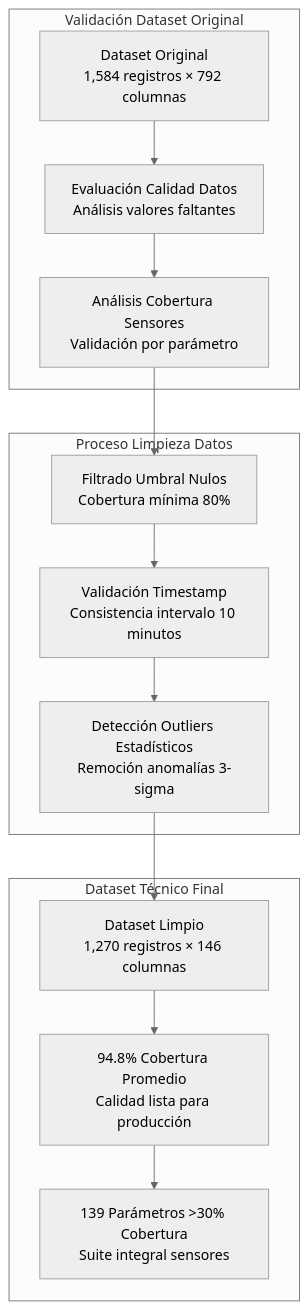
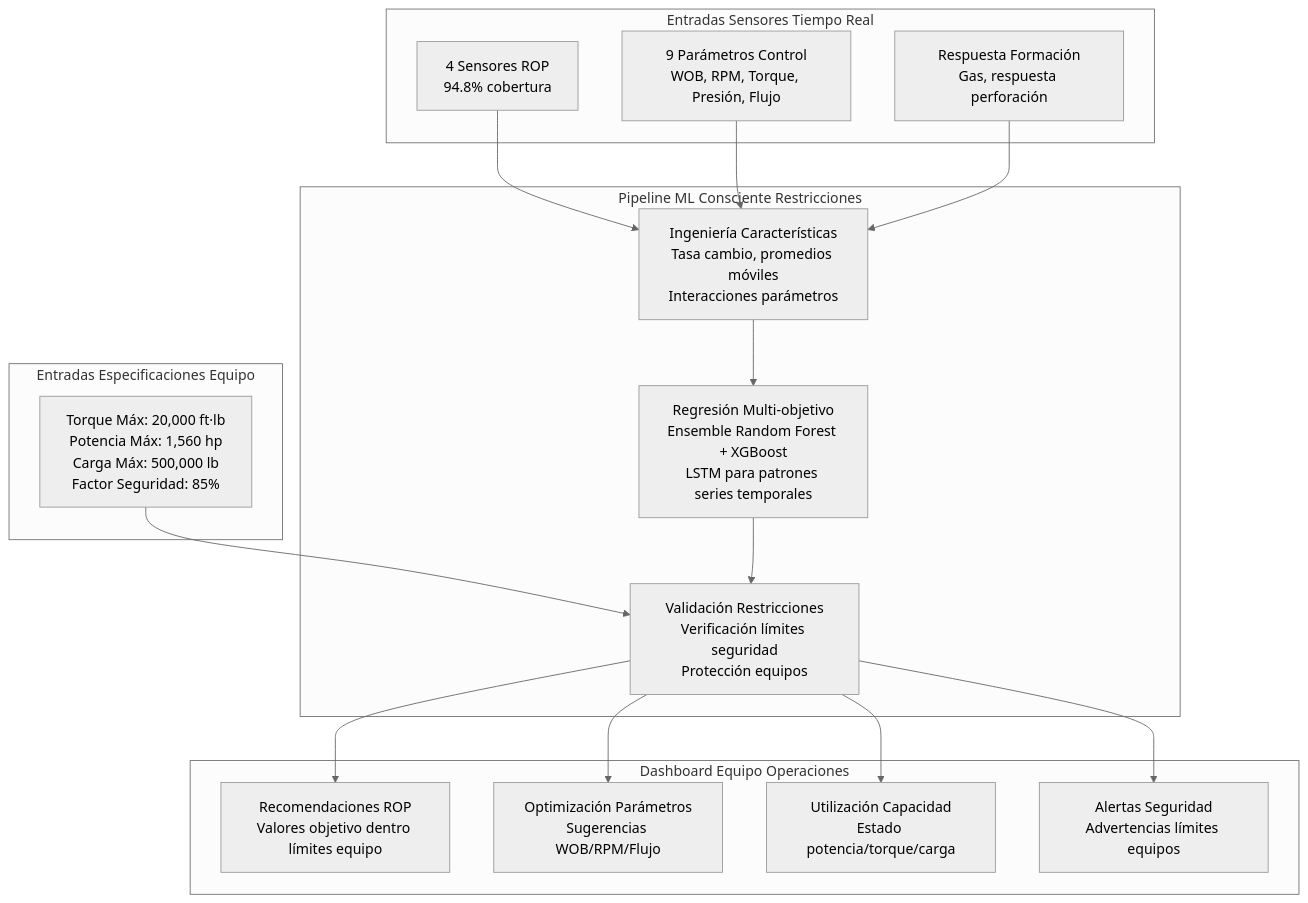
Before and after one commit to wonder-dmercadal/PublicReports: the first of 12 diagrams in PAE_Report.md, drawn with Mermaid (neutral theme). The commit also changed other lines of this file, not shown here.

````diff
--- a/PAE_Report.md
+++ b/PAE_Report.md
@@ -134,22 +135,36 @@
 ```mermaid
-graph TB
-    subgraph "Validación Dataset Original"
-        A[Dataset Original<br/>1,584 registros × 792 columnas]
-        B[Evaluación Calidad Datos<br/>Análisis valores faltantes]
-        C[Análisis Cobertura Sensores<br/>Validación por parámetro]
+flowchart TD
+    subgraph "Entradas Especificaciones Equipo"
+        A1[Torque Máx: 20,000 ft·lb<br/>Potencia Máx: 1,560 hp<br/>Carga Máx: 500,000 lb<br/>Factor Seguridad: 85%]
     end
     
-    subgraph "Proceso Limpieza Datos"
-        D[Filtrado Umbral Nulos<br/>Cobertura mínima 80%]
-        E[Validación Timestamp<br/>Consistencia intervalo 10 minutos]
-        F[Detección Outliers Estadísticos<br/>Remoción anomalías 3-sigma]
+    subgraph "Entradas Sensores Tiempo Real"
+        B1[4 Sensores ROP<br/>94.8% cobertura]
+        B2[9 Parámetros Control<br/>WOB, RPM, Torque, Presión, Flujo]
+        B3[Respuesta Formación<br/>Gas, respuesta perforación]
     end
     
-    subgraph "Dataset Técnico Final"
-        G[Dataset Limpio<br/>1,270 registros × 146 columnas]
-        H[94.8% Cobertura Promedio<br/>Calidad lista para producción]
-        I[139 Parámetros >30% Cobertura<br/>Suite integral sensores]
+    subgraph "Pipeline ML Consciente Restricciones"
+        C1[Ingeniería Características<br/>Tasa cambio, promedios móviles<br/>Interacciones parámetros]
+        C2[Regresión Multi-objetivo<br/>Ensemble Random Forest + XGBoost<br/>LSTM para patrones series temporales]
+        C3[Validación Restricciones<br/>Verificación límites seguridad<br/>Protección equipos]
     end
     
-    A --> B --> C --> D --> E --> F --> G --> H --> I
+    subgraph "Dashboard Equipo Operaciones"
+        D1[Recomendaciones ROP<br/>Valores objetivo dentro límites equipo]
+        D2[Optimización Parámetros<br/>Sugerencias WOB/RPM/Flujo]
+        D3[Utilización Capacidad<br/>Estado potencia/torque/carga]
+        D4[Alertas Seguridad<br/>Advertencias límites equipos]
+    end
+    
+    A1 --> C3
+    B1 --> C1
+    B2 --> C1
+    B3 --> C1
+    C1 --> C2
+    C2 --> C3
+    C3 --> D1
+    C3 --> D2
+    C3 --> D3
+    C3 --> D4
 ```
````
